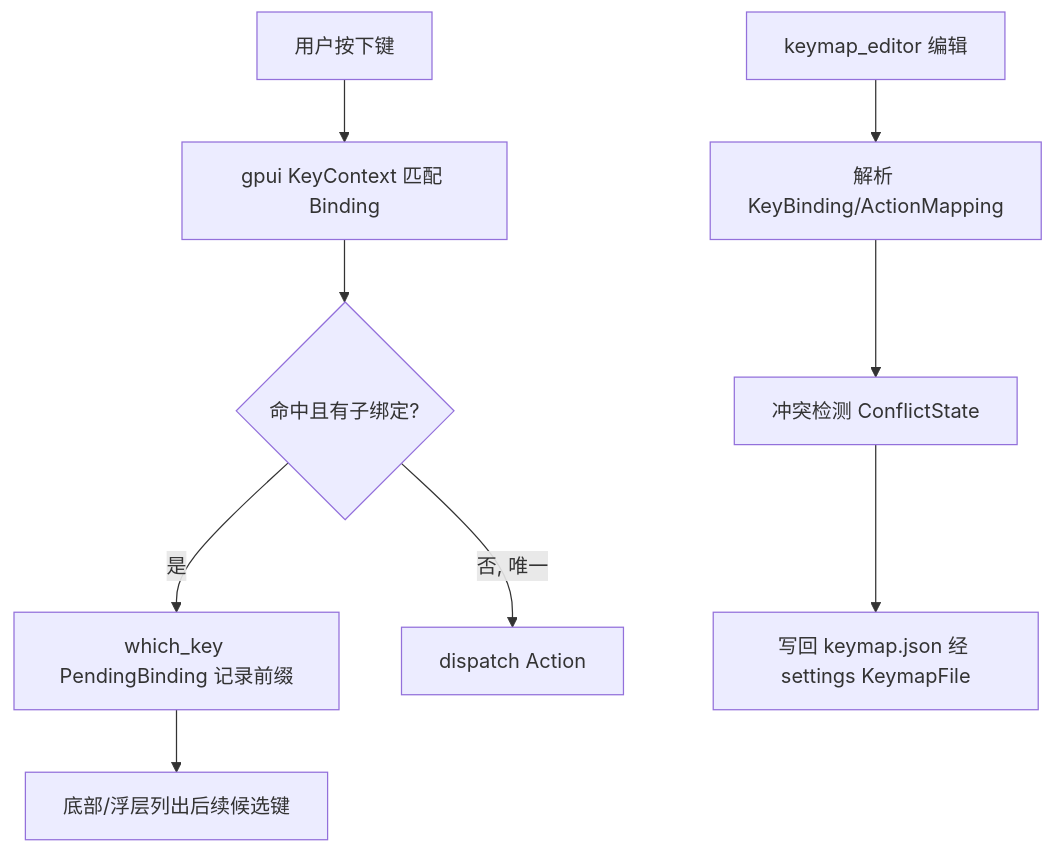
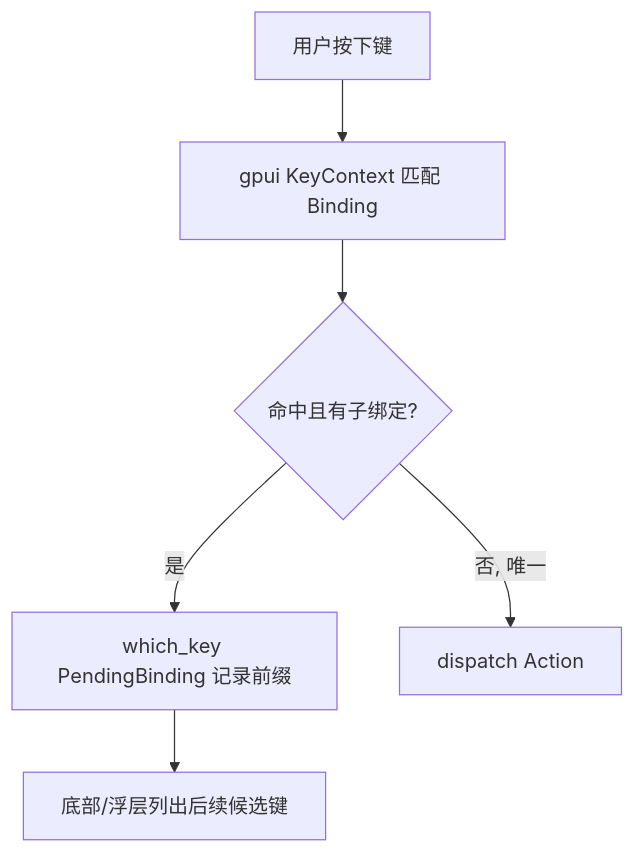
The diagram in wiki/Keymap-and-Navigation-Deep-Dive.md (rzhangjing/zed), drawn with Mermaid before and after one commit. The commit also changed other lines of this file and 52 other files, not shown here.

````diff
--- a/wiki/Keymap-and-Navigation-Deep-Dive.md
+++ b/wiki/Keymap-and-Navigation-Deep-Dive.md
@@ -66,11 +42,8 @@
 ```mermaid
 graph TB
     A[用户按下键] --> B[gpui KeyContext 匹配 Binding]
     B --> C{命中且有子绑定?}
     C -->|是| D[which_key PendingBinding 记录前缀]
     D --> E[底部/浮层列出后续候选键]
     C -->|否, 唯一| F[dispatch Action]
-    G[keymap_editor 编辑] --> H[解析 KeyBinding/ActionMapping]
-    H --> I[冲突检测 ConflictState]
-    I --> J[写回 keymap.json 经 settings KeymapFile]
 ```
````
